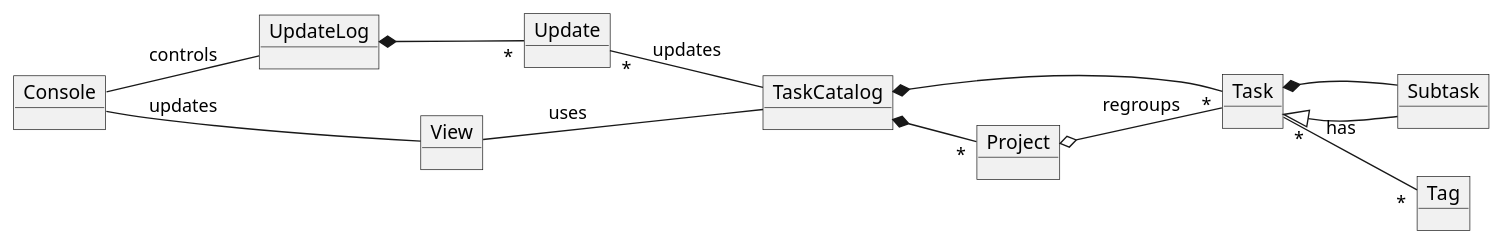
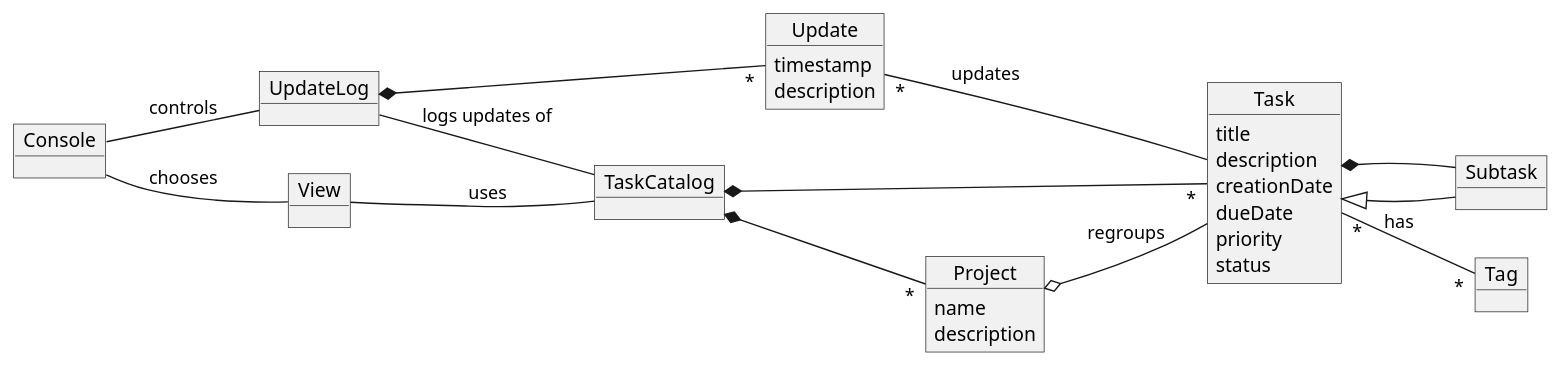
Before and after one commit to t-mandam/SOEN_342_Group_Project: the diagram in Iteration_01/Domain Model/domain_model.plantuml, drawn with PlantUML.

Commit message:
Add attributes to domain model and refactor relationships
Added all attributes and changed the relationship between the Console, UpdateLog, Update, TaskCatalog, and Task

```diff
--- a/Iteration_01/Domain Model/domain_model.plantuml
+++ b/Iteration_01/Domain Model/domain_model.plantuml
@@ -1,24 +1,35 @@
 @startuml
 left to right direction
 Object Console
+object TaskCatalog
 object Task
+   Task : title
+   Task : description
+   Task : creationDate
+   Task : dueDate
+   Task : priority
+   Task : status
 object Subtask
-object TaskCatalog
 object Update
+   Update : timestamp
+   Update : description
 object UpdateLog
 object Tag
 object Project
+   Project : name
+   Project : description
 object View
 
 Console -- UpdateLog : controls
-Console -- View : updates
+Console -- View : chooses
 TaskCatalog *-- "*" Task
 TaskCatalog *-- "*" Project
 Task <|-- Subtask
 Task *-- Subtask
 Project o-- Task : regroups
 Task "*" -- "*" Tag : has
 UpdateLog *-- "*" Update
-Update "*" -- TaskCatalog : updates
+UpdateLog -- TaskCatalog : logs updates of
+Update "*" -- Task : updates
 View -- TaskCatalog : uses
 @enduml
```
